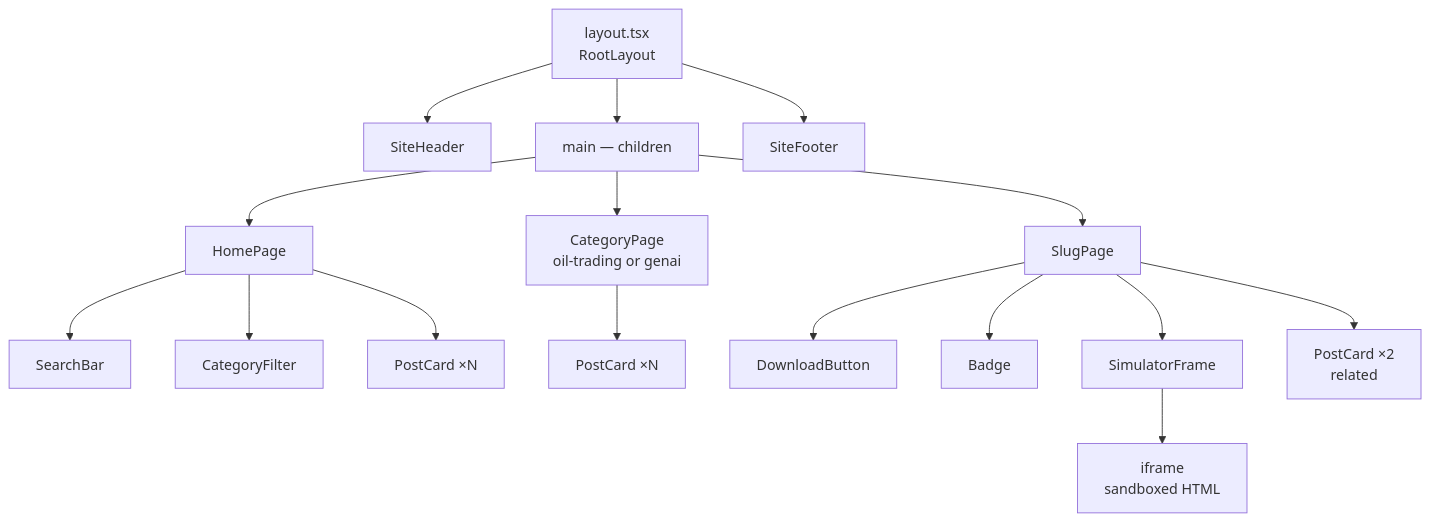
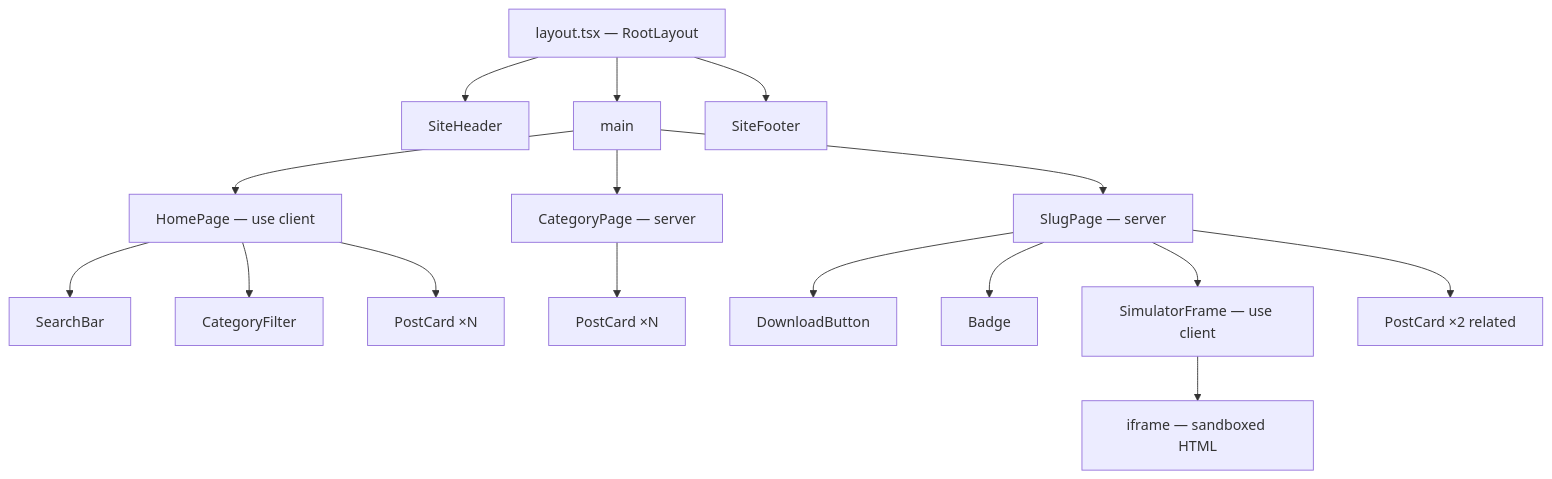
Before and after one commit to Advirao/blog: the second of 7 diagrams in docs/architecture.md, drawn with Mermaid. The commit also changed other lines of this file and 5 other files, not shown here.

````diff
--- a/docs/architecture.md
+++ b/docs/architecture.md
@@ -27,22 +35,22 @@
 ```mermaid
 graph TD
-    L[layout.tsx<br/>RootLayout] --> H[SiteHeader]
-    L --> M[main — children]
+    L[layout.tsx — RootLayout] --> H[SiteHeader]
+    L --> M[main]
     L --> F[SiteFooter]
 
-    M --> HP[HomePage]
+    M --> HP[HomePage — use client]
     HP --> SB[SearchBar]
     HP --> CF[CategoryFilter]
     HP --> PC[PostCard ×N]
 
-    M --> CP[CategoryPage<br/>oil-trading or genai]
+    M --> CP[CategoryPage — server]
     CP --> PC2[PostCard ×N]
 
-    M --> SP[SlugPage]
+    M --> SP[SlugPage — server]
     SP --> DB[DownloadButton]
     SP --> BA[Badge]
-    SP --> SF[SimulatorFrame]
-    SP --> PC3[PostCard ×2<br/>related]
+    SP --> SFR[SimulatorFrame — use client]
+    SP --> PC3[PostCard ×2 related]
 
-    SF --> IF[iframe<br/>sandboxed HTML]
+    SFR --> IF[iframe — sandboxed HTML]
 ```
````
